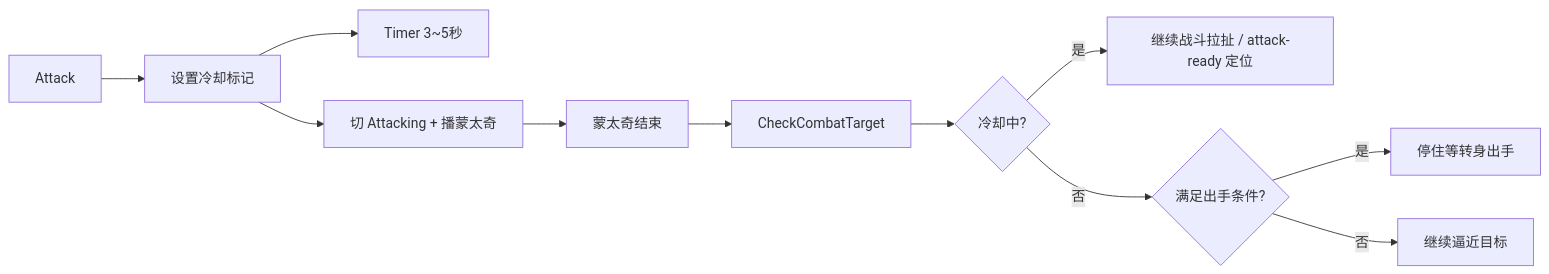
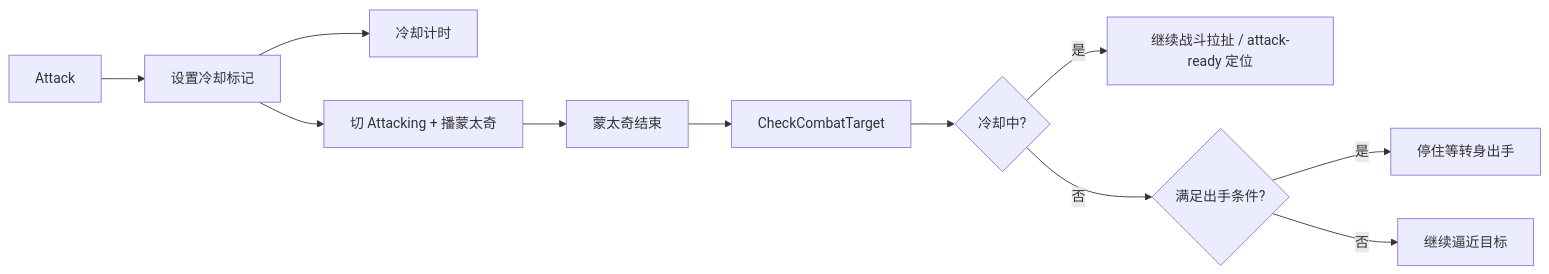
The sixth of 6 diagrams in README.md (Kulahala/UE5-Soulslike-Combat), drawn with Mermaid before and after one commit. The commit also changed other lines of this file and 23 other files, not shown here.

````diff
--- a/README.md
+++ b/README.md
@@ -259,13 +268,13 @@
 ```mermaid
 flowchart LR
     A[Attack] --> B[设置冷却标记]
-    B --> C[Timer 3~5秒]
+    B --> C[冷却计时]
     B --> D[切 Attacking + 播蒙太奇]
     D --> E[蒙太奇结束]
     E --> F[CheckCombatTarget]
     F --> G{冷却中?}
     G -->|是| H[继续战斗拉扯 / attack-ready 定位]
     G -->|否| I{满足出手条件?}
     I -->|是| J[停住等转身出手]
     I -->|否| K[继续逼近目标]
 ```
````
